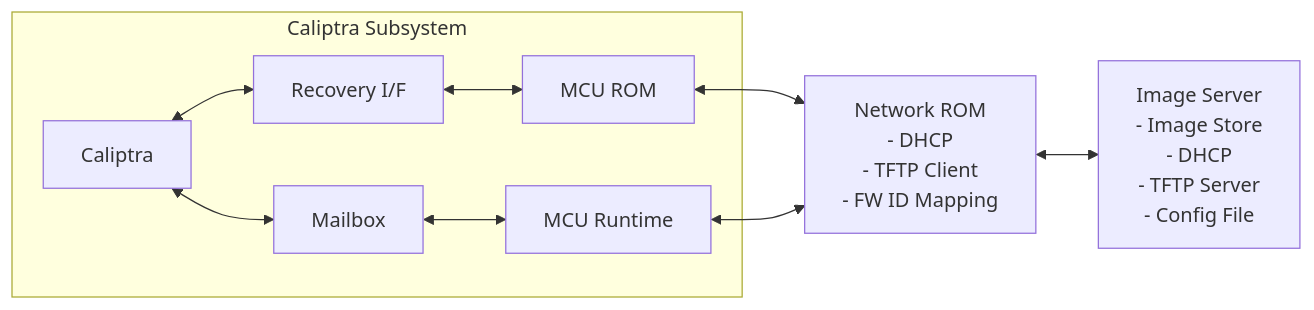
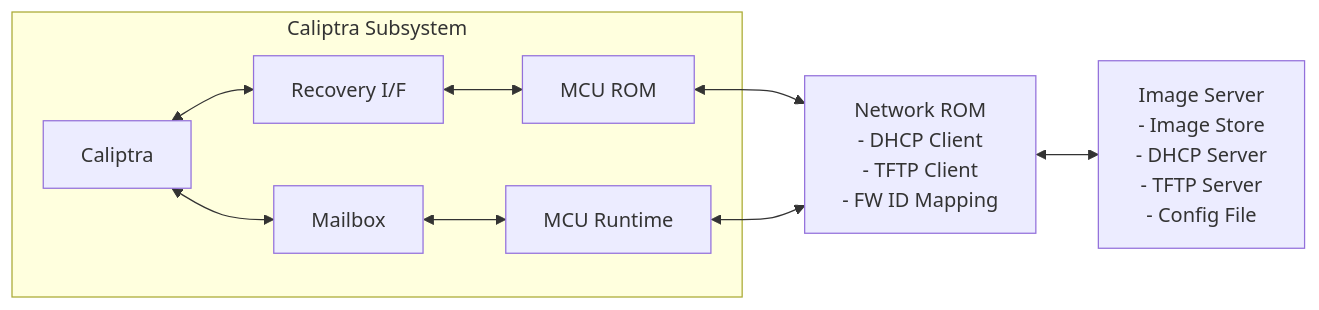
Before and after one commit to chipsalliance/caliptra-mcu-sw: the first of 5 diagrams in docs/src/network_boot.md, drawn with Mermaid. The commit also changed other lines of this file, not shown here.

First line of the commit message:
Update network boot documentation

````diff
--- a/docs/src/network_boot.md
+++ b/docs/src/network_boot.md
@@ -23,19 +23,19 @@
 ```mermaid
 flowchart LR
     subgraph Caliptra_Subsystem["Caliptra Subsystem"]
         Caliptra["Caliptra"]
         RecoveryIF["Recovery I/F"]
         MCU_ROM["MCU ROM"]
         Mailbox["Mailbox"]
         MCU_RT["MCU Runtime"]
 
         Caliptra <--> RecoveryIF
         RecoveryIF <--> MCU_ROM
         Caliptra <--> Mailbox
         Mailbox <--> MCU_RT
     end
 
-    MCU_ROM <--> Network_ROM["Network ROM<br/>- DHCP<br/>- TFTP Client<br/>- FW ID Mapping"]
+    MCU_ROM <--> Network_ROM["Network ROM<br/>- DHCP Client<br/>- TFTP Client<br/>- FW ID Mapping"]
     MCU_RT <--> Network_ROM
-    Network_ROM <--> Image_Server["Image Server<br/>- Image Store<br/>- DHCP<br/>- TFTP Server<br/>- Config File"]
+    Network_ROM <--> Image_Server["Image Server<br/>- Image Store<br/>- DHCP Server<br/>- TFTP Server<br/>- Config File"]
 ```
````
